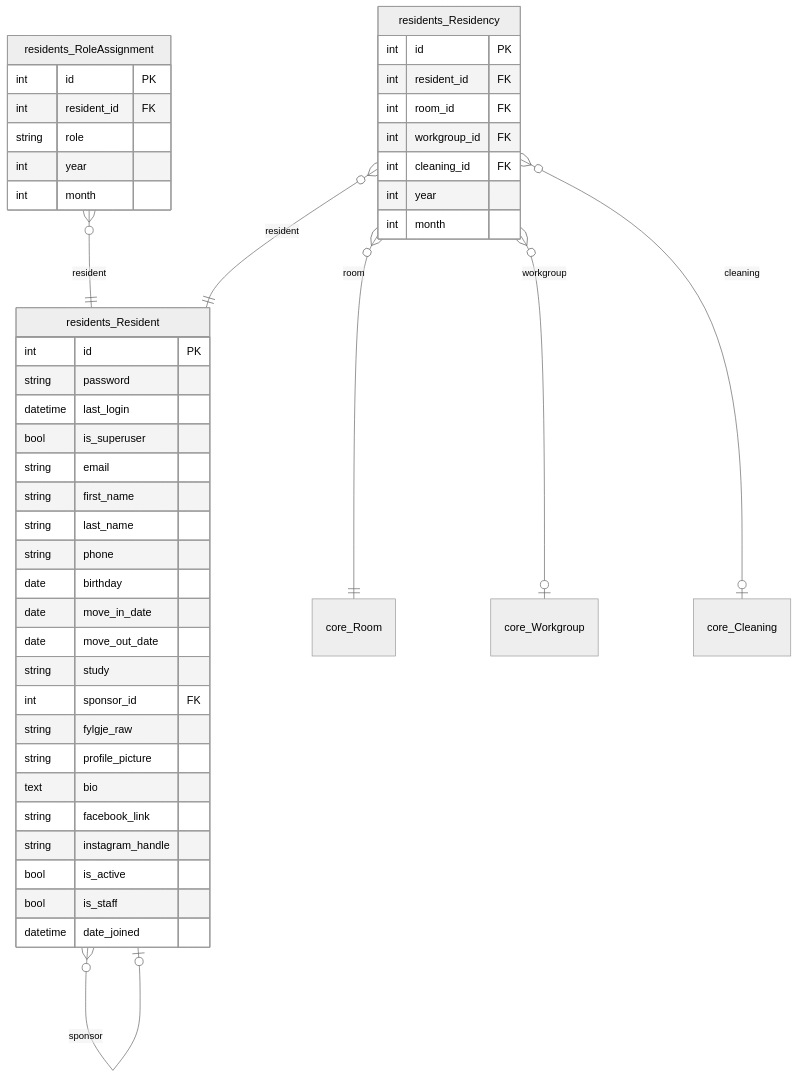
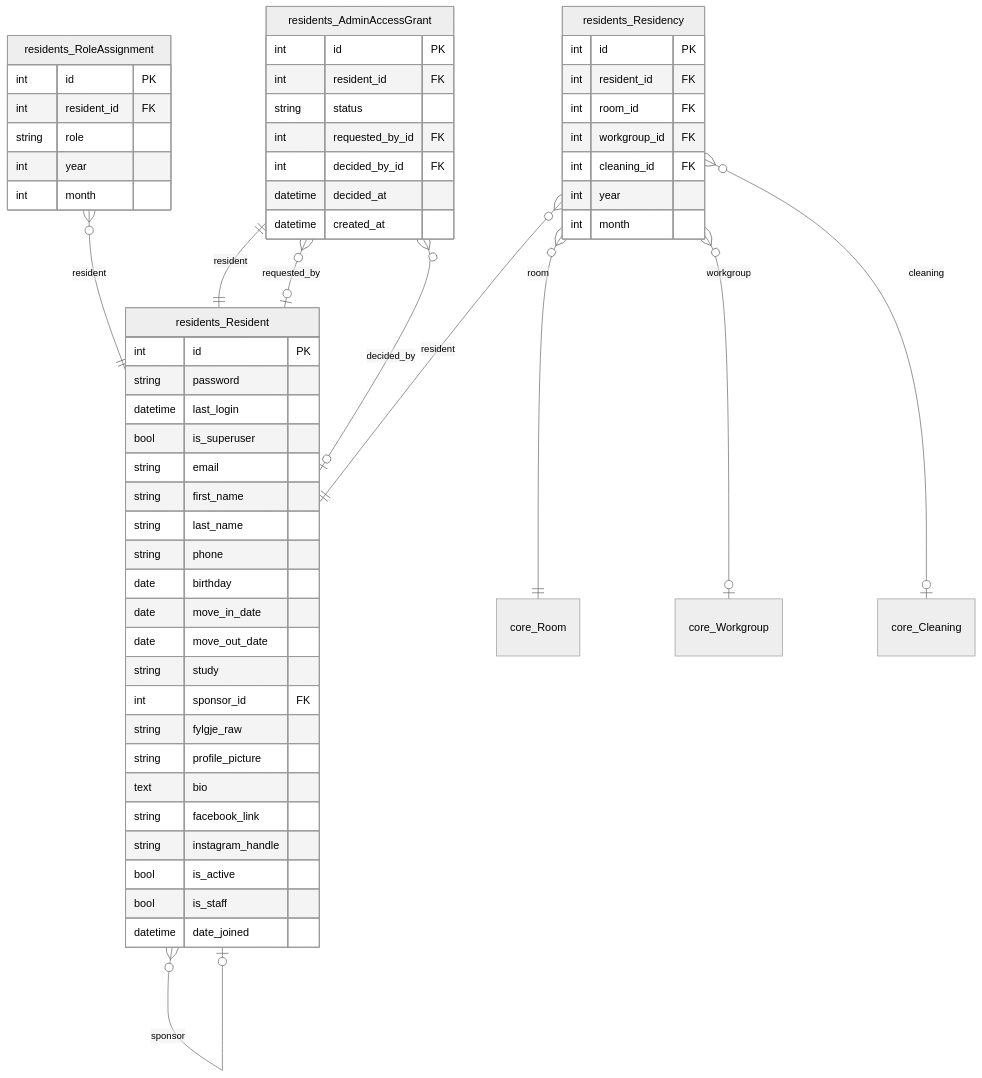
Before and after one commit to GAHK-org/gahk_intern: diagram 13 of 15 in docs/erd.md, drawn with Mermaid (neutral theme). The commit also changed other lines of this file and 3 other files, not shown here.

First line of the commit message:
feat(residents): add AdminAccessGrant for django admin access

````diff
--- a/docs/erd.md
+++ b/docs/erd.md
@@ -1299,57 +1312,70 @@
 ```mermaid
 erDiagram
     residents_Resident {
         int id PK
         string password
         datetime last_login
         bool is_superuser
         string email
         string first_name
         string last_name
         string phone
         date birthday
         date move_in_date
         date move_out_date
         string study
         int sponsor_id FK
         string fylgje_raw
         string profile_picture
         text bio
         string facebook_link
         string instagram_handle
         bool is_active
         bool is_staff
         datetime date_joined
     }
 
     residents_Residency {
         int id PK
         int resident_id FK
         int room_id FK
         int workgroup_id FK
         int cleaning_id FK
         int year
         int month
     }
 
     residents_RoleAssignment {
         int id PK
         int resident_id FK
         string role
         int year
         int month
     }
 
+    residents_AdminAccessGrant {
+        int id PK
+        int resident_id FK
+        string status
+        int requested_by_id FK
+        int decided_by_id FK
+        datetime decided_at
+        datetime created_at
+    }
+
     core_Cleaning { }
 
     core_Room { }
 
     core_Workgroup { }
 
     residents_Resident }o--|o residents_Resident : "sponsor"
     residents_Residency }o--|| residents_Resident : "resident"
     residents_Residency }o--|| core_Room : "room"
     residents_Residency }o--|o core_Workgroup : "workgroup"
     residents_Residency }o--|o core_Cleaning : "cleaning"
     residents_RoleAssignment }o--|| residents_Resident : "resident"
+    residents_AdminAccessGrant ||--|| residents_Resident : "resident"
+    residents_AdminAccessGrant }o--|o residents_Resident : "requested_by"
+    residents_AdminAccessGrant }o--|o residents_Resident : "decided_by"
 ```
````
